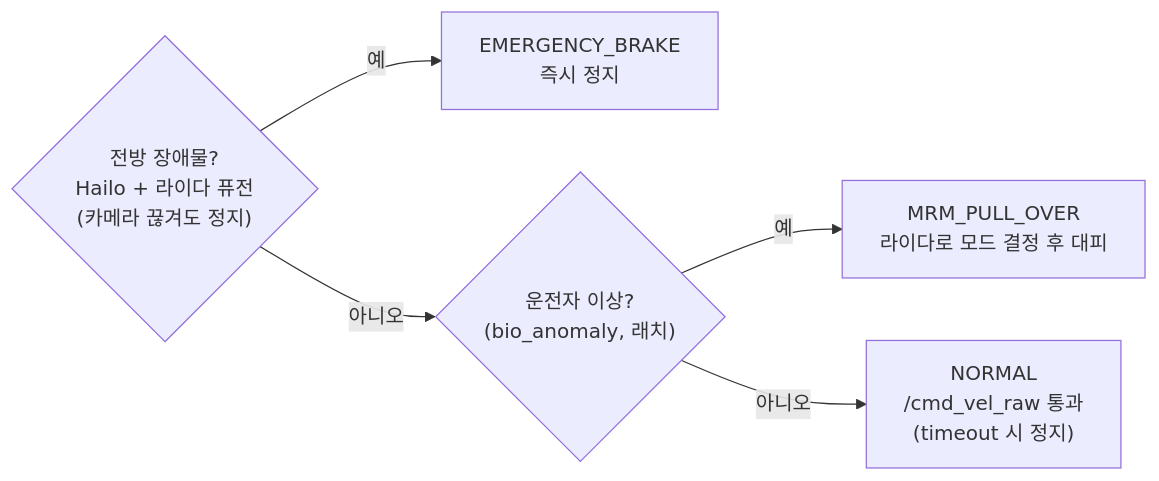
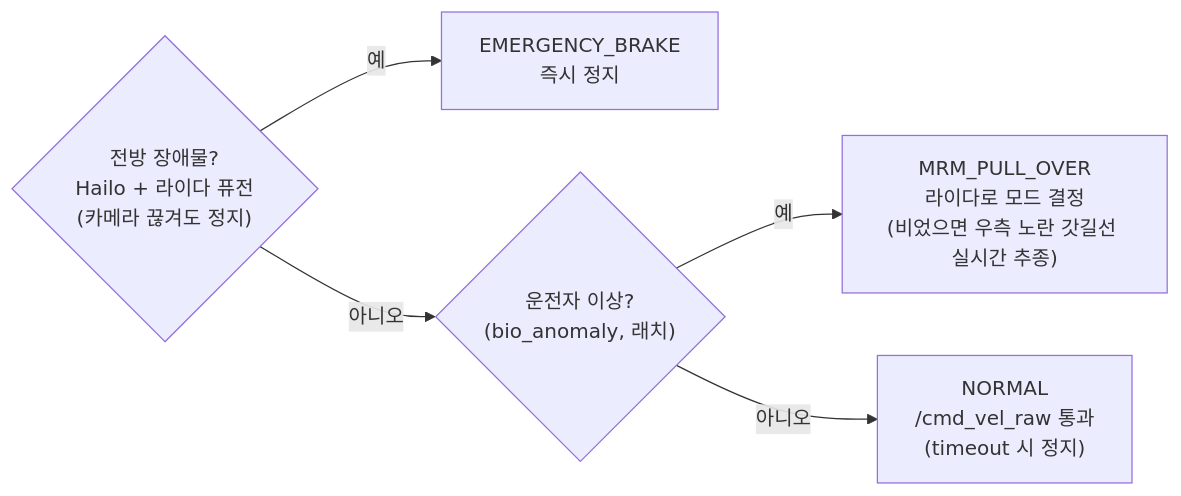
The second of 2 diagrams in README.md (seungwp/2026_CDP), drawn with Mermaid before and after one commit. The commit also changed other lines of this file, not shown here.

First line of the commit message:
docs(readme): 오늘 작업(모방학습 주행 + MRM 노란 갓길선 핸드오프) 반영

````diff
--- a/README.md
+++ b/README.md
@@ -112,7 +120,7 @@
 ```mermaid
 flowchart LR
     A{"전방 장애물?<br/>Hailo + 라이다 퓨전<br/>(카메라 끊겨도 정지)"} -- 예 --> E["EMERGENCY_BRAKE<br/>즉시 정지"]
     A -- 아니오 --> B{"운전자 이상?<br/>(bio_anomaly, 래치)"}
-    B -- 예 --> M["MRM_PULL_OVER<br/>라이다로 모드 결정 후 대피"]
+    B -- 예 --> M["MRM_PULL_OVER<br/>라이다로 모드 결정<br/>(비었으면 우측 노란 갓길선 실시간 추종)"]
     B -- 아니오 --> N["NORMAL<br/>/cmd_vel_raw 통과<br/>(timeout 시 정지)"]
 ```
````
